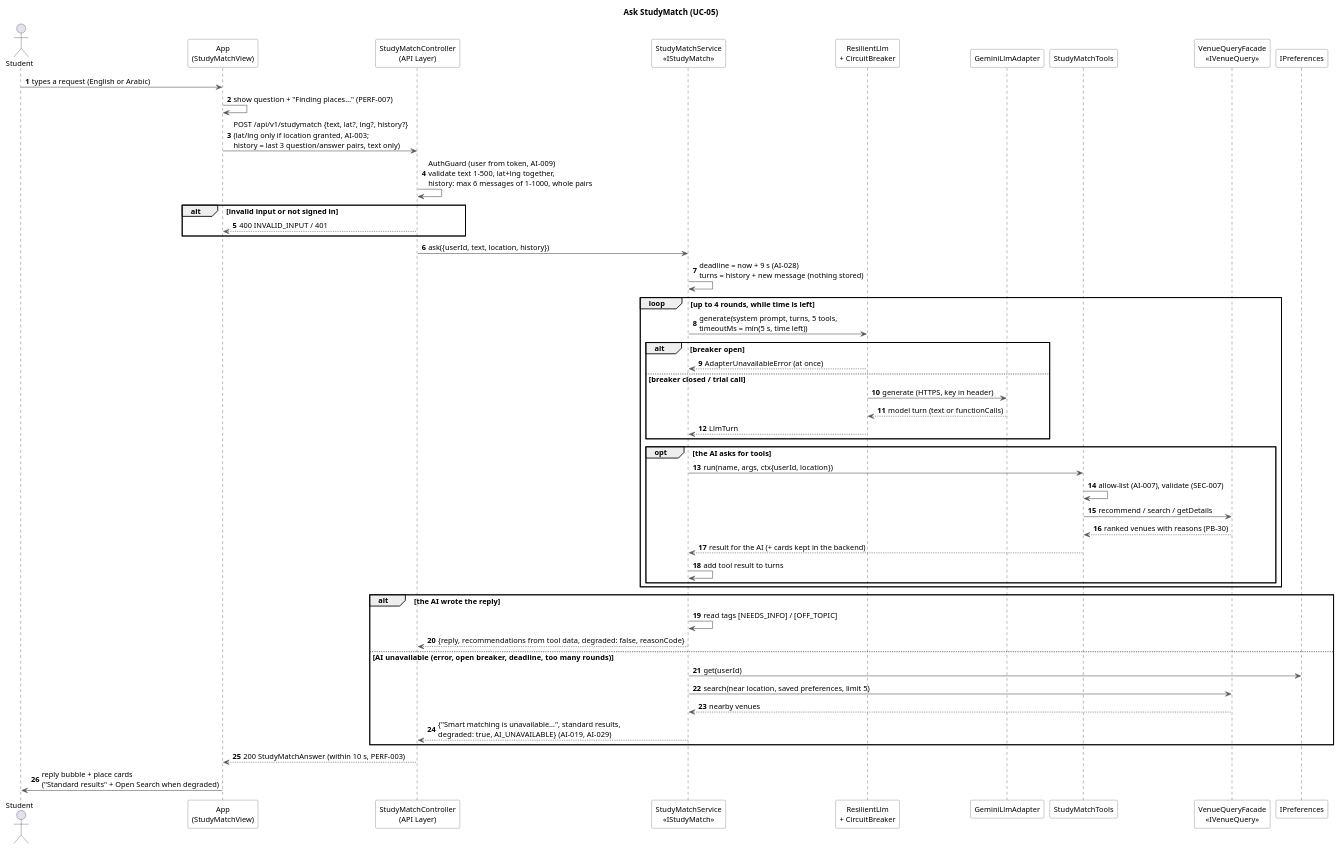
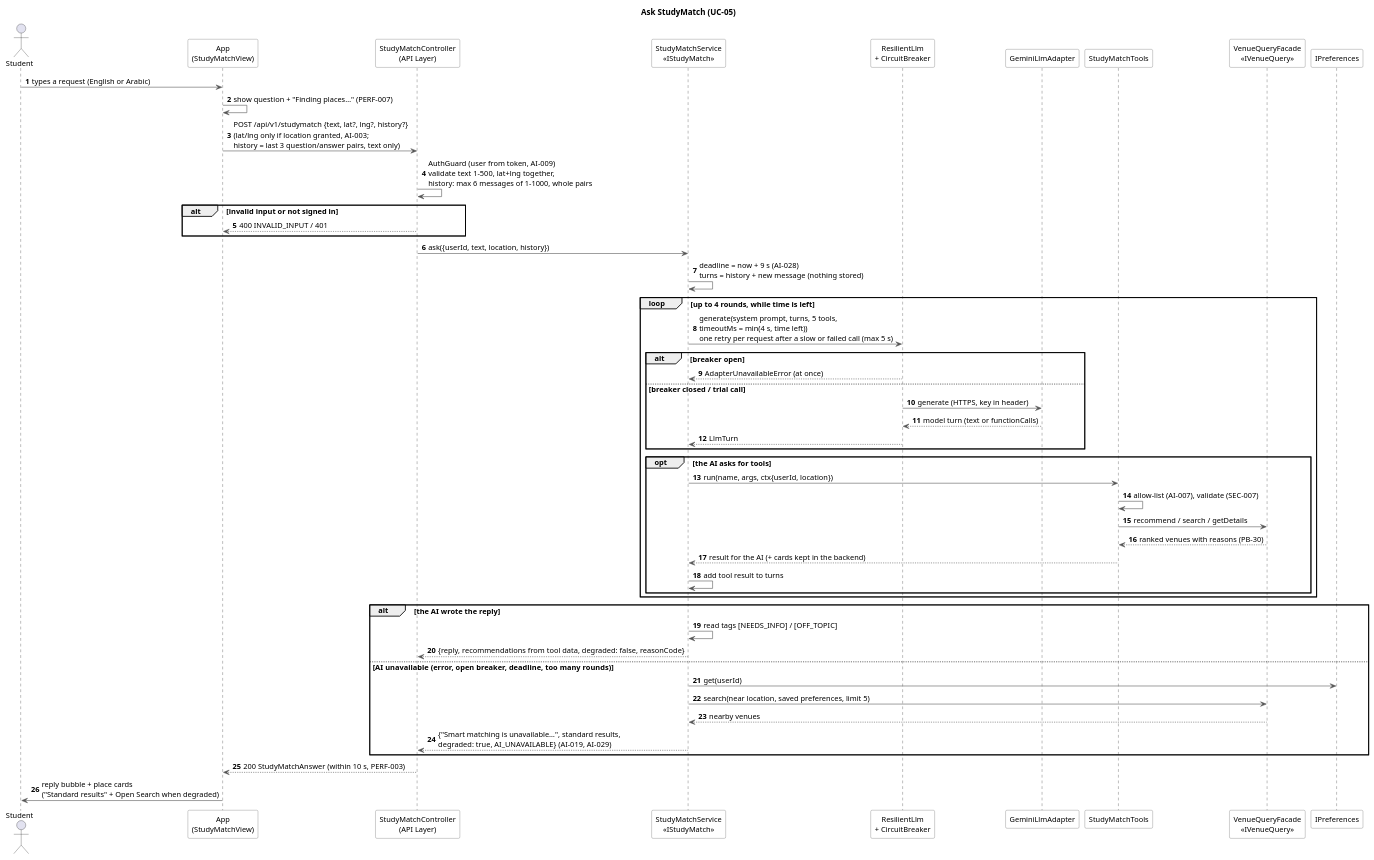
The diagram in docs/architecture/uml/studymatch-sequence.puml (yasmeennasrr/StudySpot), drawn with PlantUML before and after one commit. The commit also changed 9 other files, not shown here.

First line of the commit message:
PB-46 StudyMatch retries one slow AI call per request, within the 9 s deadline

```diff
--- a/docs/architecture/uml/studymatch-sequence.puml
+++ b/docs/architecture/uml/studymatch-sequence.puml
@@ -1,66 +1,66 @@
 @startuml studymatch-sequence
 ' SDS v0.3 Section 14 (M2): "ask StudyMatch" sequence diagram (UC-05, PB-29, PB-46, SDS 7.2).
 ' Code: studymatch.controller.ts -> studymatch.service.ts -> llm-adapter.module.ts (ResilientLlm)
 '       -> gemini-llm.adapter.ts; studymatch-tools.ts -> venue-query.service.ts (recommend, PB-30).
 skinparam shadowing false
 skinparam defaultFontName Helvetica
 skinparam defaultFontSize 13
 skinparam sequenceMessageAlign left
 skinparam ParticipantBackgroundColor white
 skinparam ParticipantBorderColor #555555
 skinparam ArrowColor #555555
 autonumber
 
 title Ask StudyMatch (UC-05)
 
 actor Student
 participant "App\n(StudyMatchView)" as App
 participant "StudyMatchController\n(API Layer)" as API
 participant "StudyMatchService\n«IStudyMatch»" as SM
 participant "ResilientLlm\n+ CircuitBreaker" as RL
 participant "GeminiLlmAdapter" as Gemini
 participant "StudyMatchTools" as Tools
 participant "VenueQueryFacade\n«IVenueQuery»" as Venues
 participant "IPreferences" as Prefs
 
 Student -> App : types a request (English or Arabic)
 App -> App : show question + "Finding places…" (PERF-007)
 App -> API : POST /api/v1/studymatch {text, lat?, lng?, history?}\n(lat/lng only if location granted, AI-003;\nhistory = last 3 question/answer pairs, text only)
 API -> API : AuthGuard (user from token, AI-009)\nvalidate text 1-500, lat+lng together,\nhistory: max 6 messages of 1-1000, whole pairs
 alt invalid input or not signed in
   API --> App : 400 INVALID_INPUT / 401
 end
 API -> SM : ask({userId, text, location, history})
 SM -> SM : deadline = now + 9 s (AI-028)\nturns = history + new message (nothing stored)
 
 loop up to 4 rounds, while time is left
-  SM -> RL : generate(system prompt, turns, 5 tools,\ntimeoutMs = min(5 s, time left))
+  SM -> RL : generate(system prompt, turns, 5 tools,\ntimeoutMs = min(4 s, time left))\none retry per request after a slow or failed call (max 5 s)
   alt breaker open
     RL --> SM : AdapterUnavailableError (at once)
   else breaker closed / trial call
     RL -> Gemini : generate (HTTPS, key in header)
     Gemini --> RL : model turn (text or functionCalls)
     RL --> SM : LlmTurn
   end
   opt the AI asks for tools
     SM -> Tools : run(name, args, ctx{userId, location})
     Tools -> Tools : allow-list (AI-007), validate (SEC-007)
     Tools -> Venues : recommend / search / getDetails
     Venues --> Tools : ranked venues with reasons (PB-30)
     Tools --> SM : result for the AI (+ cards kept in the backend)
     SM -> SM : add tool result to turns
   end
 end
 
 alt the AI wrote the reply
   SM -> SM : read tags [NEEDS_INFO] / [OFF_TOPIC]
   SM --> API : {reply, recommendations from tool data, degraded: false, reasonCode}
 else AI unavailable (error, open breaker, deadline, too many rounds)
   SM -> Prefs : get(userId)
   SM -> Venues : search(near location, saved preferences, limit 5)
   Venues --> SM : nearby venues
   SM --> API : {"Smart matching is unavailable…", standard results,\ndegraded: true, AI_UNAVAILABLE} (AI-019, AI-029)
 end
 API --> App : 200 StudyMatchAnswer (within 10 s, PERF-003)
 App -> Student : reply bubble + place cards\n("Standard results" + Open Search when degraded)
 @enduml
```
